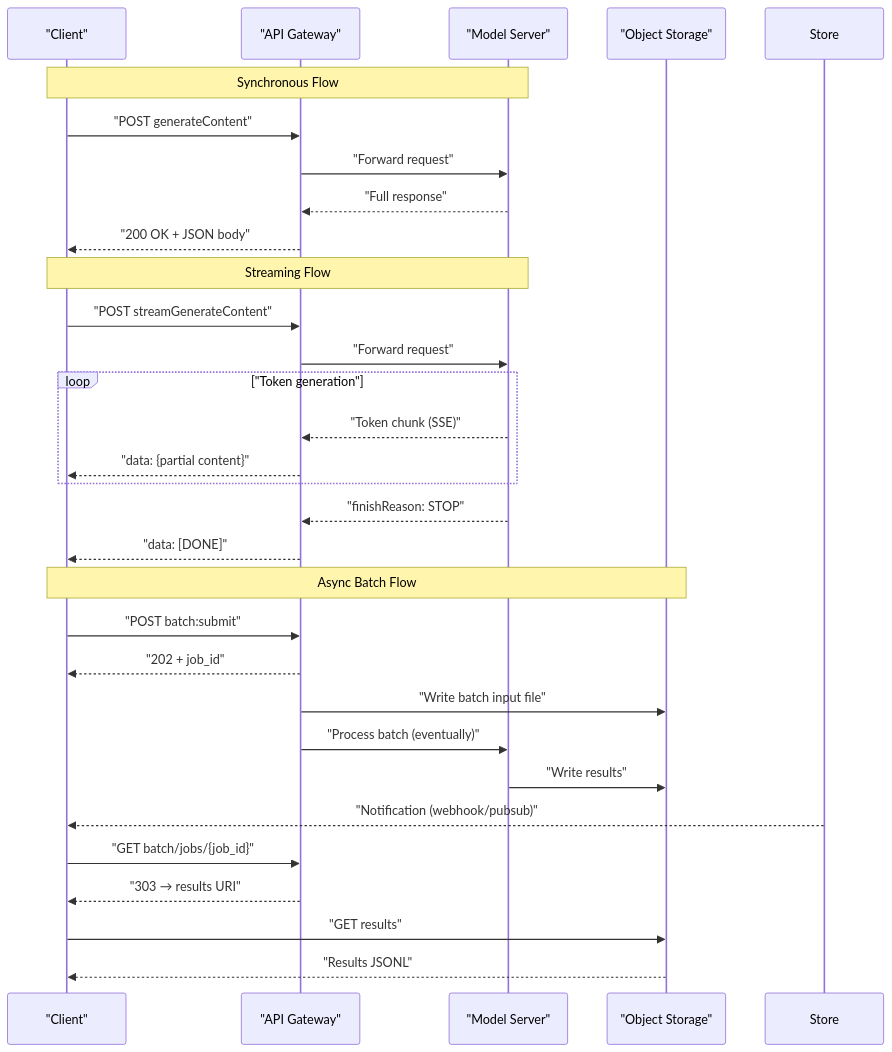
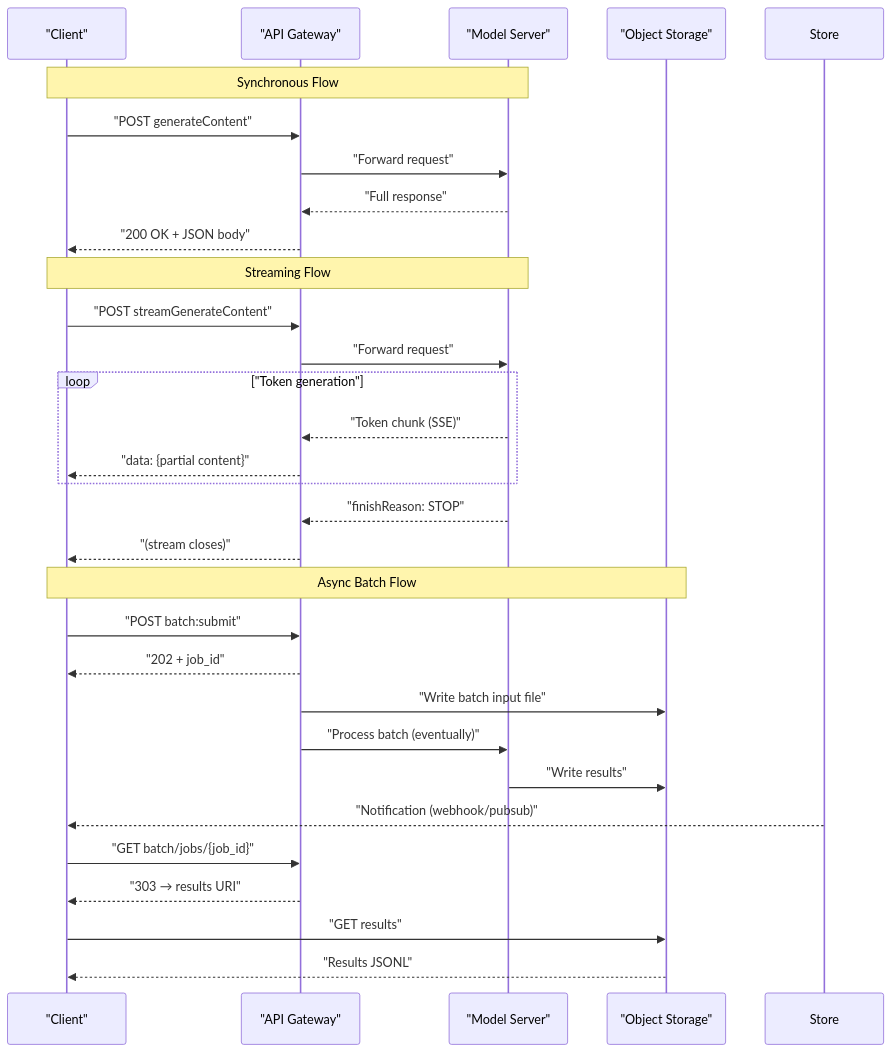
Before and after one commit to blebleblee/synapse: the second of 5 diagrams in topics/computing/ai/gemini_and_multimodal_apis/lesson_03_api_design_for_multimodal.md, drawn with Mermaid. The commit also changed other lines of this file and 138 other files, not shown here.

````diff
--- a/topics/computing/ai/gemini_and_multimodal_apis/lesson_03_api_design_for_multimodal.md
+++ b/topics/computing/ai/gemini_and_multimodal_apis/lesson_03_api_design_for_multimodal.md
@@ -155,35 +155,35 @@
 ```mermaid
 sequenceDiagram
     participant CL as "Client"
     participant GW as "API Gateway"
     participant MOD as "Model Server"
     participant STORE as "Object Storage"
 
     Note over CL,MOD: Synchronous Flow
     CL->>GW: "POST generateContent"
     GW->>MOD: "Forward request"
     MOD-->>GW: "Full response"
     GW-->>CL: "200 OK + JSON body"
 
     Note over CL,MOD: Streaming Flow
     CL->>GW: "POST streamGenerateContent"
     GW->>MOD: "Forward request"
     loop "Token generation"
         MOD-->>GW: "Token chunk (SSE)"
         GW-->>CL: "data: {partial content}"
     end
     MOD-->>GW: "finishReason: STOP"
-    GW-->>CL: "data: [DONE]"
+    GW-->>CL: "(stream closes)"
 
     Note over CL,STORE: Async Batch Flow
     CL->>GW: "POST batch:submit"
     GW-->>CL: "202 + job_id"
     GW->>STORE: "Write batch input file"
     GW->>MOD: "Process batch (eventually)"
     MOD->>STORE: "Write results"
     Store-->>CL: "Notification (webhook/pubsub)"
     CL->>GW: "GET batch/jobs/{job_id}"
     GW-->>CL: "303 → results URI"
     CL->>STORE: "GET results"
     STORE-->>CL: "Results JSONL"
 ```
````
